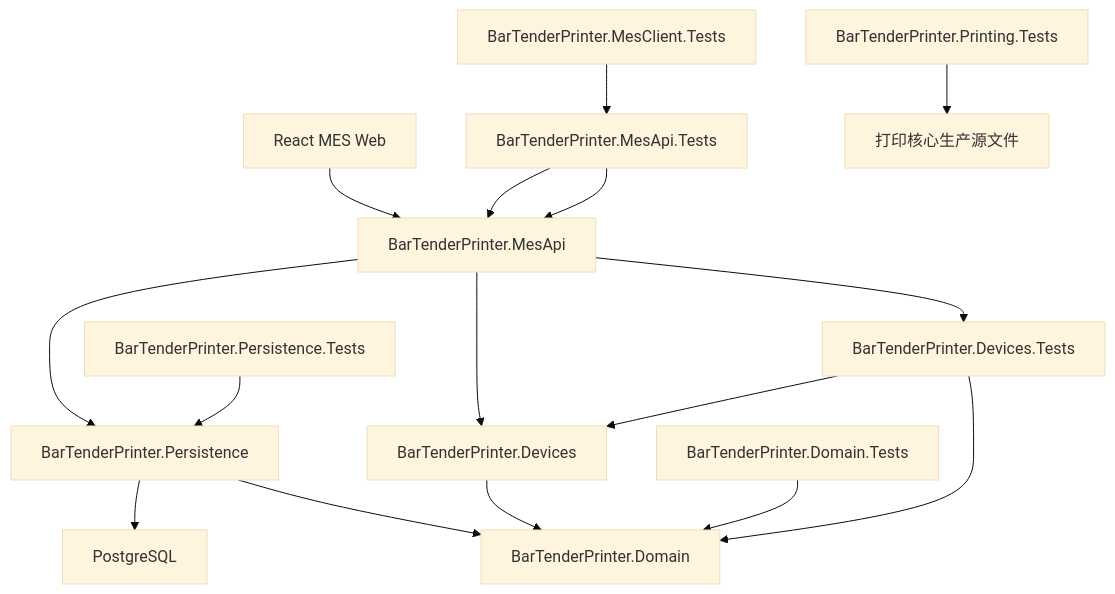
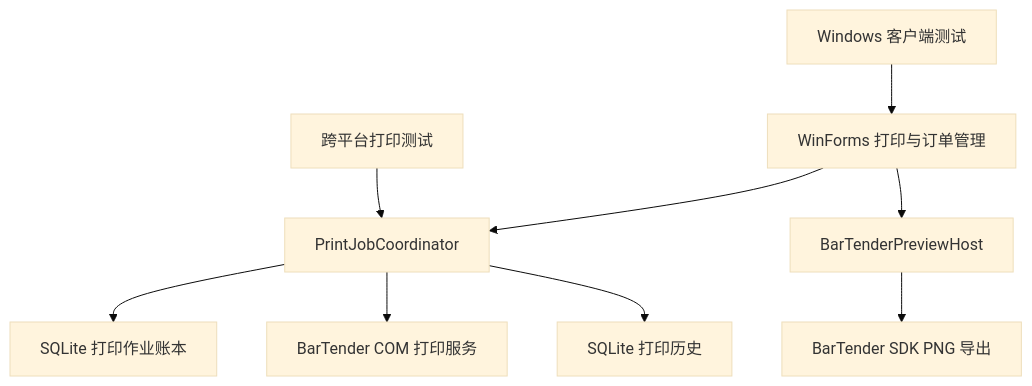
The diagram in .monkeycode/docs/ARCHITECTURE.md (tall-1997/Label-Printer), drawn with Mermaid (base theme) before and after one commit. The commit also changed other lines of this file and 158 other files, not shown here.

````diff
--- a/.monkeycode/docs/ARCHITECTURE.md
+++ b/.monkeycode/docs/ARCHITECTURE.md
@@ -5,18 +5,11 @@
 ```mermaid
 flowchart TD
-    A["React MES Web"] --> D["BarTenderPrinter.MesApi"]
-    K["WinForms migration fallback"] --> D
-    D --> L["BarTenderPrinter.Application"]
-    L --> B["BarTenderPrinter.Domain"]
-    D --> C["BarTenderPrinter.Devices"]
-    D --> E["BarTenderPrinter.Persistence"]
-    C --> B
-    E --> B
-    F["BarTenderPrinter.Domain.Tests"] --> B
-    G["BarTenderPrinter.Printing.Tests"] --> H["打印核心生产源文件"]
-    I["BarTenderPrinter.Persistence.Tests"] --> E
-    E --> J["PostgreSQL"]
-    K["BarTenderPrinter.MesApi.Tests"] --> D
-    L["BarTenderPrinter.Devices.Tests"] --> C
-    M["BarTenderPrinter.MesClient.Tests"] --> K
+    A["WinForms 打印与订单管理"] --> B["PrintJobCoordinator"]
+    B --> C["SQLite 打印作业账本"]
+    B --> D["BarTender COM 打印服务"]
+    B --> E["SQLite 打印历史"]
+    A --> F["BarTenderPreviewHost"]
+    F --> G["BarTender SDK PNG 导出"]
+    H["跨平台打印测试"] --> B
+    I["Windows 客户端测试"] --> A
 ```
````
